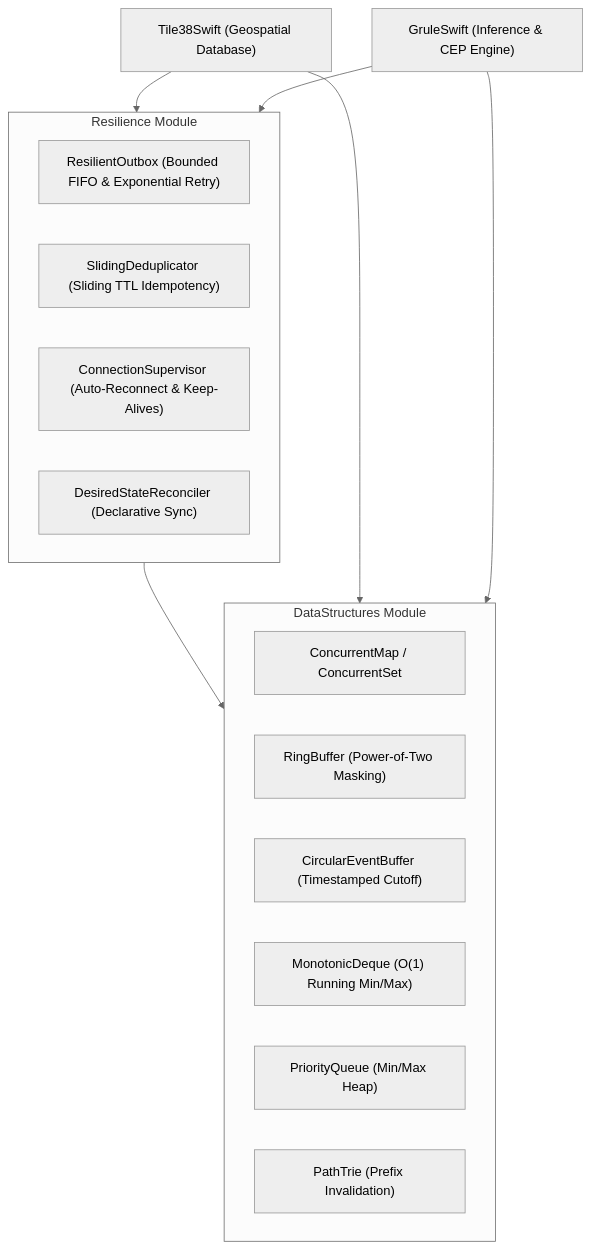
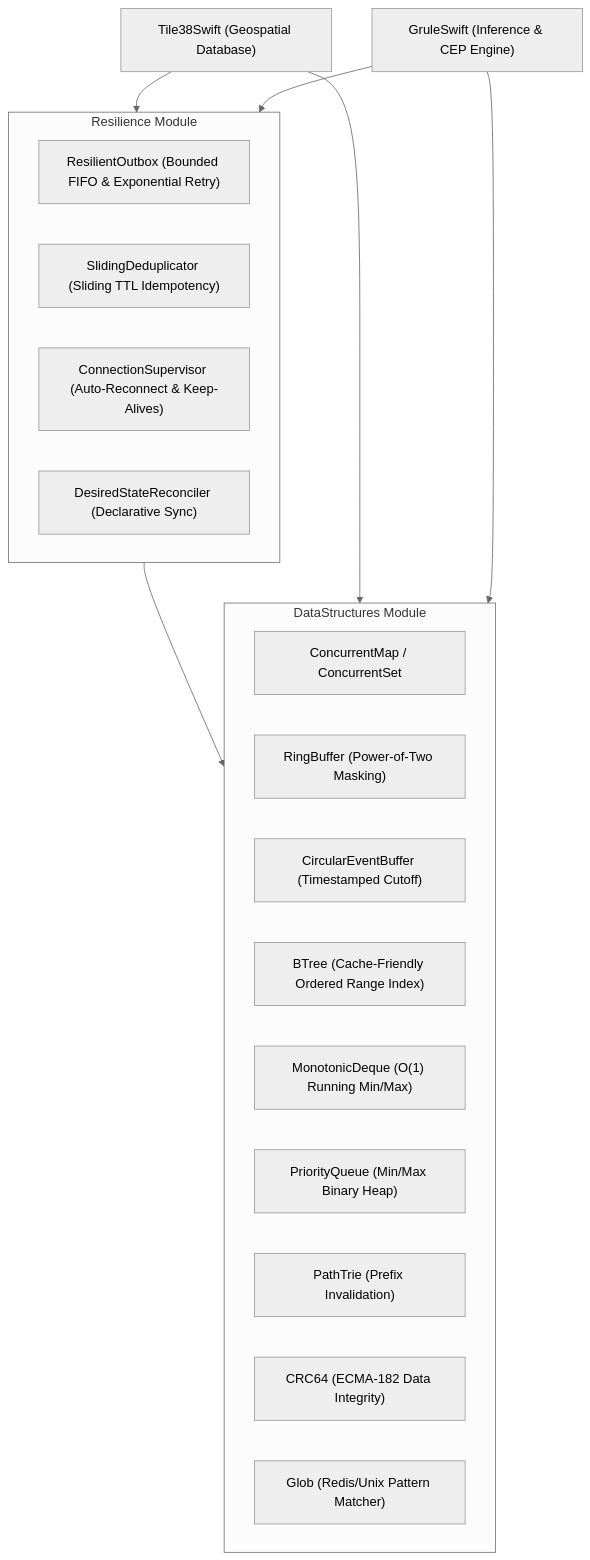
Before and after one commit to globalflea/DataStructuresSwift: the fourth of 4 diagrams in Docs/Design/01_DATA_STRUCTURES_AND_RESILIENCE_SPECIFICATION.md, drawn with Mermaid (neutral theme). The commit also changed other lines of this file and 8 other files, not shown here.

Commit message:
feat: add BTree, CRC64, Glob and enhanced PriorityQueue to DataStructuresSwift

````diff
--- a/Docs/Design/01_DATA_STRUCTURES_AND_RESILIENCE_SPECIFICATION.md
+++ b/Docs/Design/01_DATA_STRUCTURES_AND_RESILIENCE_SPECIFICATION.md
@@ -159,26 +170,29 @@
 ```mermaid
 flowchart TD
     subgraph DataStructures["DataStructures Module"]
         CM["ConcurrentMap / ConcurrentSet"]
         RB["RingBuffer (Power-of-Two Masking)"]
         CEB["CircularEventBuffer (Timestamped Cutoff)"]
+        BT["BTree (Cache-Friendly Ordered Range Index)"]
         MD["MonotonicDeque (O(1) Running Min/Max)"]
-        PQ["PriorityQueue (Min/Max Heap)"]
+        PQ["PriorityQueue (Min/Max Binary Heap)"]
         PT["PathTrie (Prefix Invalidation)"]
+        CR["CRC64 (ECMA-182 Data Integrity)"]
+        GL["Glob (Redis/Unix Pattern Matcher)"]
     end
 
     subgraph Resilience["Resilience Module"]
         RO["ResilientOutbox (Bounded FIFO & Exponential Retry)"]
         SD["SlidingDeduplicator (Sliding TTL Idempotency)"]
         CS["ConnectionSupervisor (Auto-Reconnect & Keep-Alives)"]
         DSR["DesiredStateReconciler (Declarative Sync)"]
     end
 
     Resilience --> DataStructures
     
     Tile38["Tile38Swift (Geospatial Database)"] --> DataStructures
     Tile38 --> Resilience
     
     Grule["GruleSwift (Inference & CEP Engine)"] --> DataStructures
     Grule --> Resilience
 ```
````
